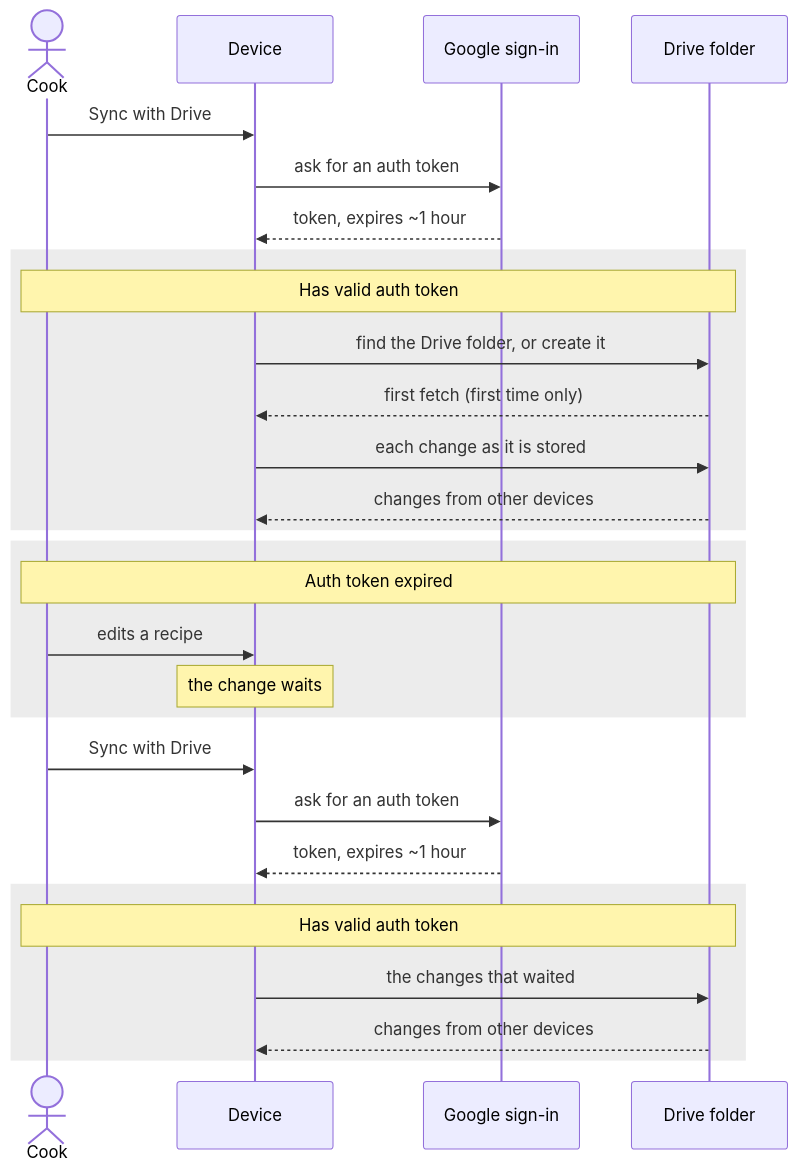
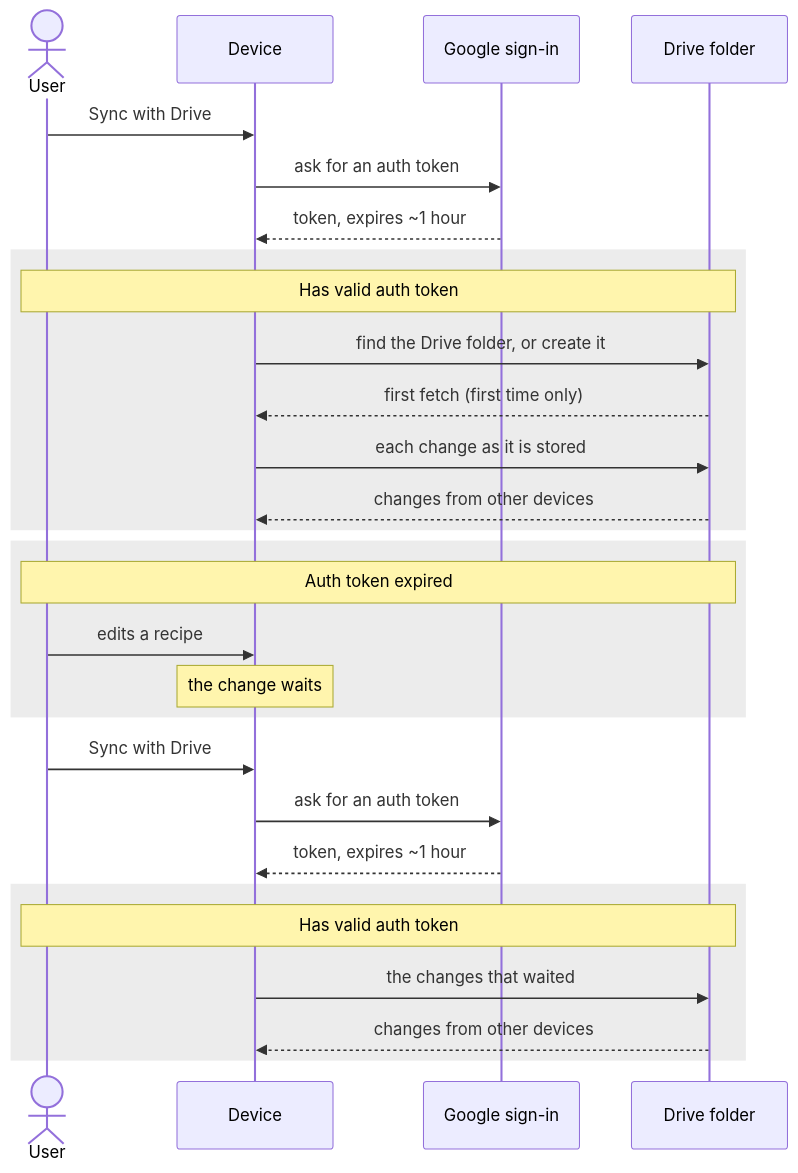
The first of 3 diagrams in docs/architecture/drive.md (sebbogle/rosa), drawn with Mermaid before and after one commit. The commit also changed other lines of this file and 36 other files, not shown here.

Commit message:
Call the person using Rosa a user, not a cook

````diff
--- a/docs/architecture/drive.md
+++ b/docs/architecture/drive.md
@@ -38,35 +38,35 @@
 ```mermaid
 sequenceDiagram
-    actor Cook
+    actor User
     participant Device
     participant Google as Google sign-in
     participant Drive as Drive folder
 
-    Cook->>Device: Sync with Drive
+    User->>Device: Sync with Drive
     Device->>Google: ask for an auth token
     Google-->>Device: token, expires ~1 hour
 
     rect rgba(128, 128, 128, 0.15)
-        Note over Cook,Drive: Has valid auth token
+        Note over User,Drive: Has valid auth token
         Device->>Drive: find the Drive folder, or create it
         Drive-->>Device: first fetch (first time only)
         Device->>Drive: each change as it is stored
         Drive-->>Device: changes from other devices
     end
 
     rect rgba(128, 128, 128, 0.15)
-        Note over Cook,Drive: Auth token expired
-        Cook->>Device: edits a recipe
+        Note over User,Drive: Auth token expired
+        User->>Device: edits a recipe
         Note over Device: the change waits
     end
 
-    Cook->>Device: Sync with Drive
+    User->>Device: Sync with Drive
     Device->>Google: ask for an auth token
     Google-->>Device: token, expires ~1 hour
 
     rect rgba(128, 128, 128, 0.15)
-        Note over Cook,Drive: Has valid auth token
+        Note over User,Drive: Has valid auth token
         Device->>Drive: the changes that waited
         Drive-->>Device: changes from other devices
     end
 ```
````
